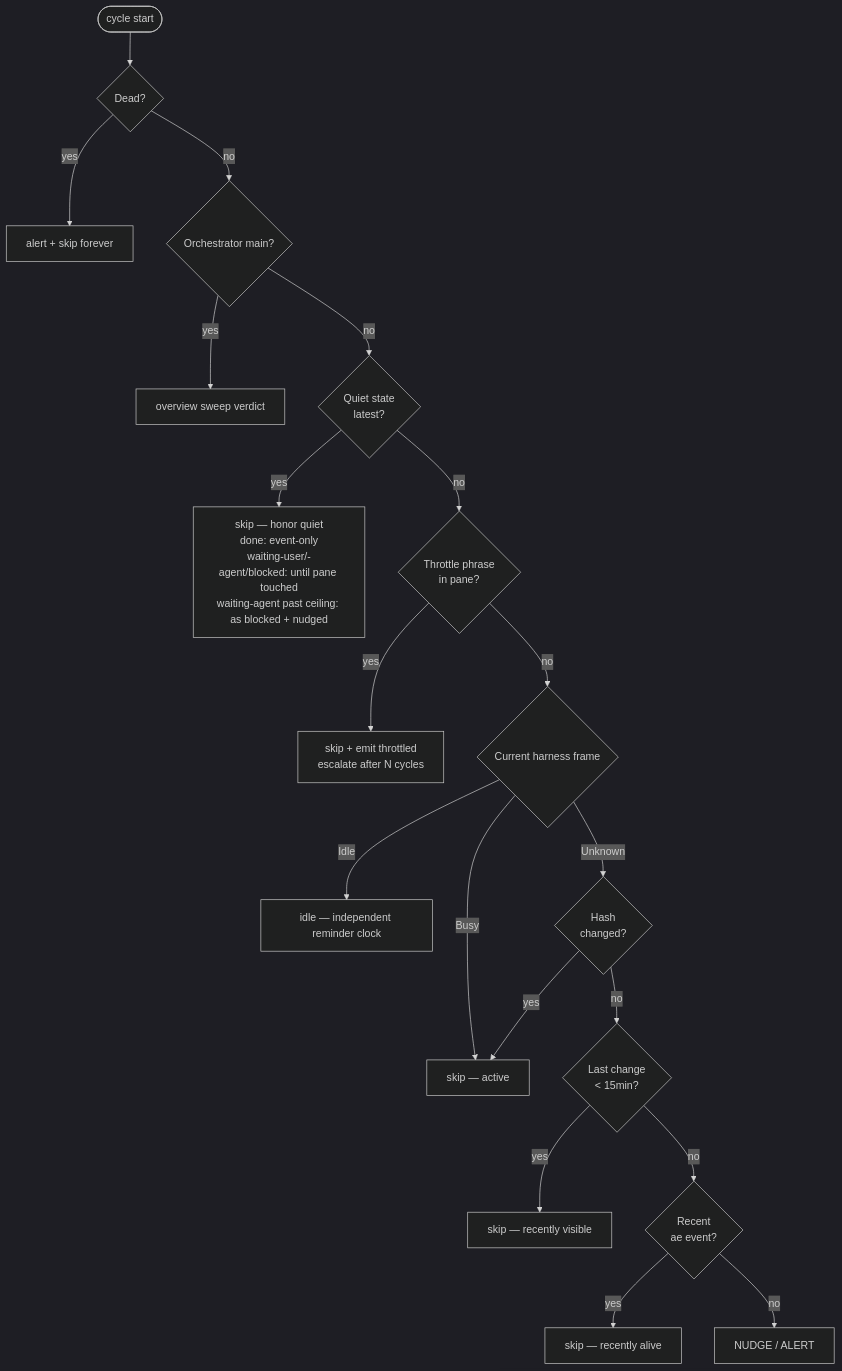
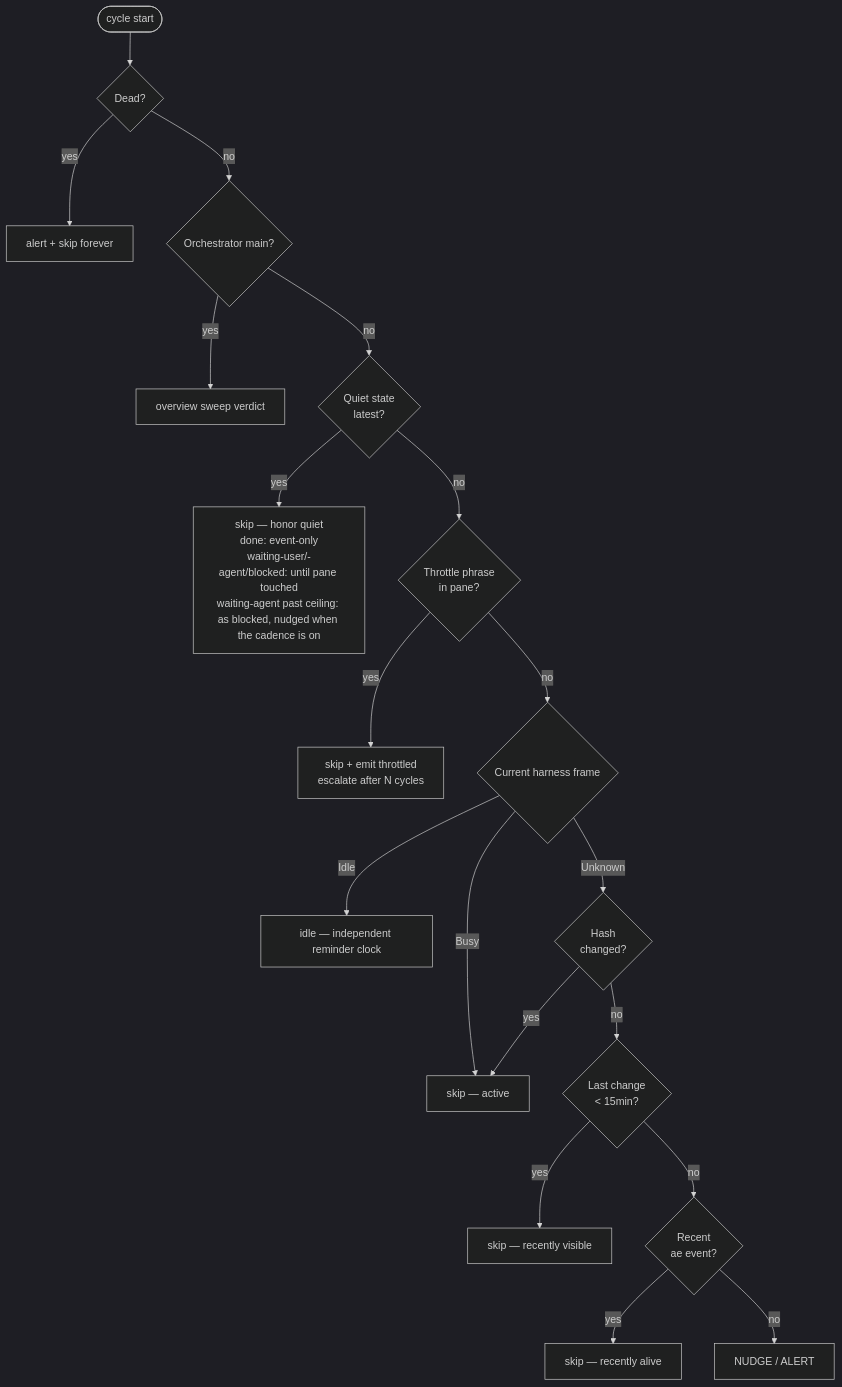
Before and after one commit to clemens33/ae: the first of 2 diagrams in docs/internals/watchdog.md, drawn with Mermaid (dark theme). The commit also changed other lines of this file and 8 other files, not shown here.

Commit message:
Fix waiting-agent read-side currency and contract prose

````diff
--- a/docs/internals/watchdog.md
+++ b/docs/internals/watchdog.md
@@ -170,21 +170,21 @@
 ```mermaid
 flowchart TD
     Start([cycle start]) --> Dead{Dead?}
     Dead -- yes --> AlertDead[alert + skip forever]
     Dead -- no --> Meta{Orchestrator main?}
     Meta -- yes --> Sweep[overview sweep verdict]
     Meta -- no --> Done{Quiet state<br/>latest?}
-    Done -- yes --> SkipDone[skip — honor quiet<br/>done: event-only<br/>waiting-user/-agent/blocked: until pane touched<br/>waiting-agent past ceiling: as blocked + nudged]
+    Done -- yes --> SkipDone[skip — honor quiet<br/>done: event-only<br/>waiting-user/-agent/blocked: until pane touched<br/>waiting-agent past ceiling: as blocked, nudged when the cadence is on]
     Done -- no --> Throttled{Throttle phrase<br/>in pane?}
     Throttled -- yes --> SkipThrottle[skip + emit throttled<br/>escalate after N cycles]
     Throttled -- no --> Frame{Current harness frame}
     Frame -- Busy --> MarkActive[working — clear stale alert]
     Frame -- Idle --> MarkIdle[idle — independent reminder clock]
     Frame -- Unknown --> Active{Hash<br/>changed?}
     Active -- yes --> MarkActive[skip — active]
     Active -- no --> RecentVis{Last change<br/>&lt; 15min?}
     RecentVis -- yes --> SkipVis[skip — recently visible]
     RecentVis -- no --> RecentAlive{Recent<br/>ae event?}
     RecentAlive -- yes --> SkipAlive[skip — recently alive]
     RecentAlive -- no --> Stale[NUDGE / ALERT]
 ```
````
